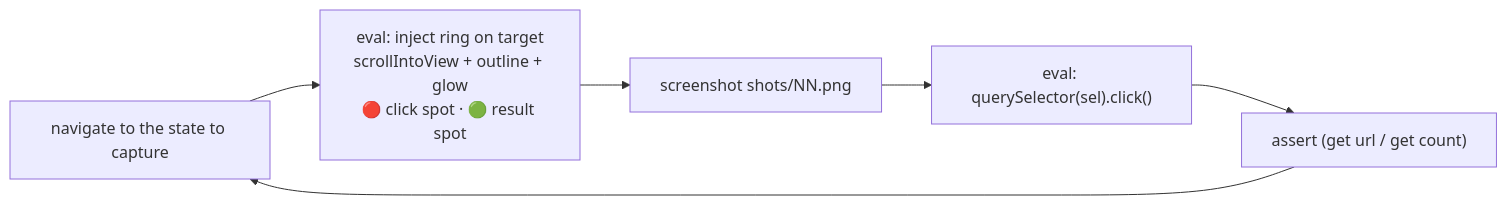
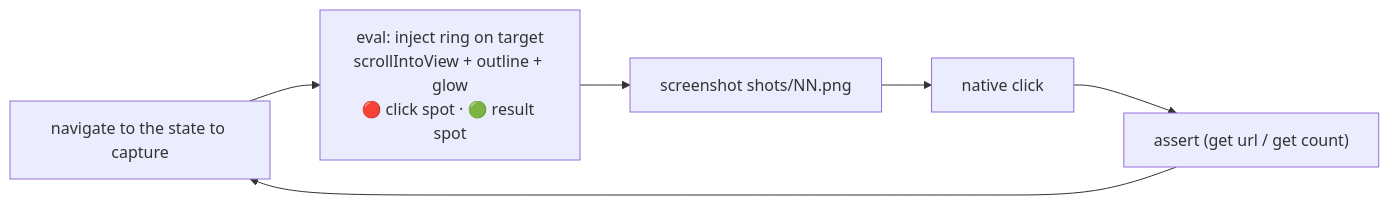
Before and after one commit to Teibto/teibto-browser-qa: the sixth of 6 diagrams in docs/ARCHITECTURE.md, drawn with Mermaid. The commit also changed other lines of this file and 23 other files, not shown here.

Commit message:
feat:direct-cdp-flow-runner-48 (#50)

````diff
--- a/docs/ARCHITECTURE.md
+++ b/docs/ARCHITECTURE.md
@@ -132,8 +151,8 @@
 ```mermaid
 flowchart LR
     nav["navigate to the state to capture"] --> hl["eval: inject ring on target<br/>scrollIntoView + outline + glow<br/>🔴 click spot · 🟢 result spot"]
     hl --> shot["screenshot shots/NN.png"]
-    shot --> act["eval: querySelector(sel).click()"]
+    shot --> act["native click"]
     act --> asrt["assert (get url / get count)"]
     asrt --> nav
 ```
````
